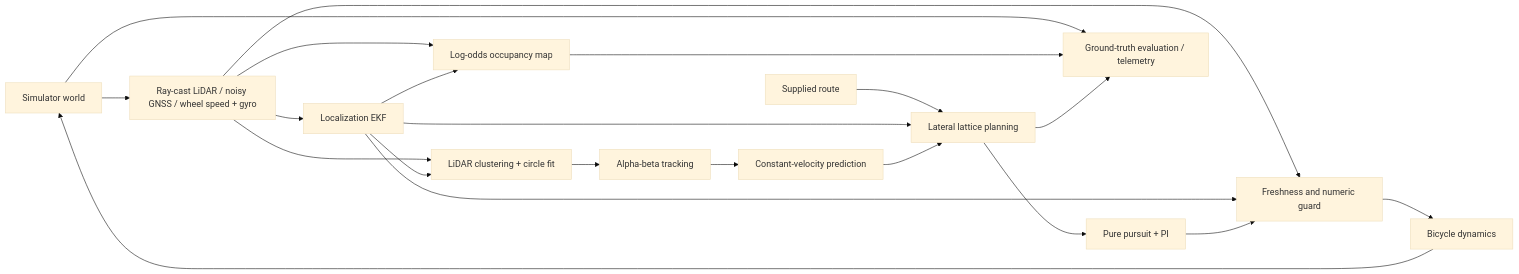
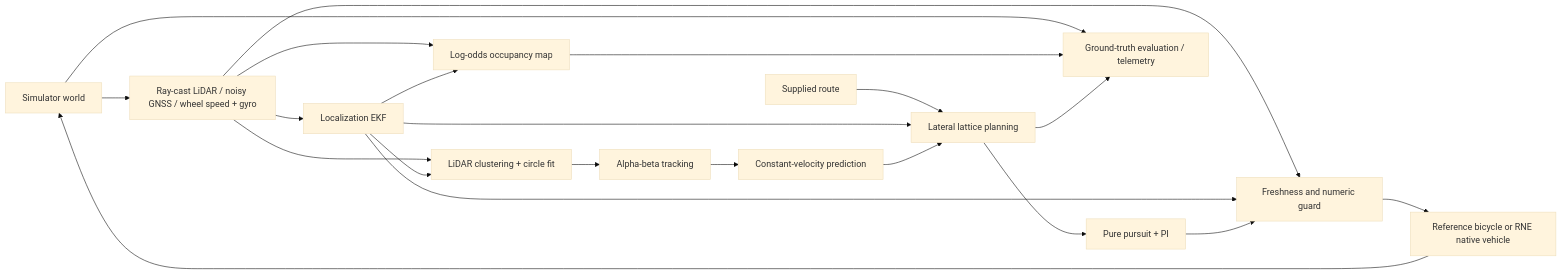
Before and after one commit to rsasaki0109/rust_drive: the diagram in docs/architecture.md, drawn with Mermaid (base theme). The commit also changed other lines of this file and 39 other files, not shown here.

````diff
--- a/docs/architecture.md
+++ b/docs/architecture.md
@@ -9,23 +9,23 @@
 ```mermaid
 flowchart LR
   W[Simulator world] --> S[Ray-cast LiDAR / noisy GNSS / wheel speed + gyro]
   S --> L[Localization EKF]
   S --> P[LiDAR clustering + circle fit]
   L --> P
   P --> T[Alpha-beta tracking]
   T --> F[Constant-velocity prediction]
   S --> M[Log-odds occupancy map]
   L --> M
   R[Supplied route] --> A[Lateral lattice planning]
   L --> A
   F --> A
   A --> C[Pure pursuit + PI]
   S --> G[Freshness and numeric guard]
   L --> G
   C --> G
-  G --> B[Bicycle dynamics]
+  G --> B[Reference bicycle or RNE native vehicle]
   B --> W
   W --> E[Ground-truth evaluation / telemetry]
   M --> E
   A --> E
 ```
````
